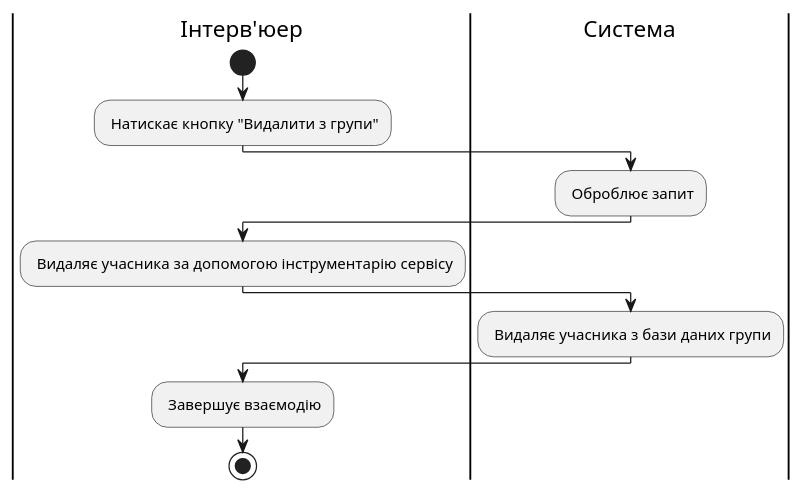
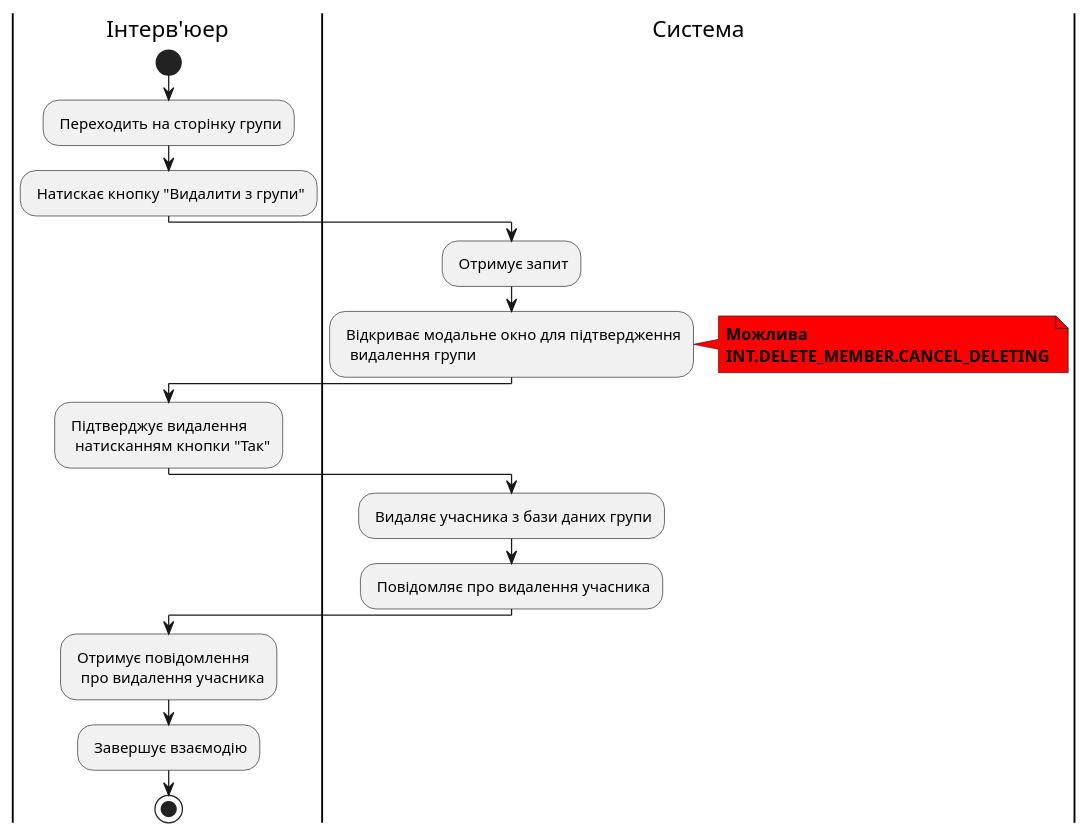
Before and after one commit to michigang1/ImForms: diagram 17 of 22 in docs/use cases/README.md, drawn with PlantUML. The commit also changed other lines of this file, not shown here.

Commit message:
Added some changes in diagrams of scenarios

```diff
--- a/docs/use cases/README.md
+++ b/docs/use cases/README.md
@@ -630,19 +789,31 @@
 @startuml
 
 |Інтерв'юер|
 start
+: Переходить на сторінку групи;
 : Натискає кнопку "Видалити з групи";
 
 |Система|
-: Оброблює запит;
+: Отримує запит;
+: Відкриває модальне окно для підтвердження
+  видалення групи;
+note right #ff0000
+<b>Можлива</b>
+<b>INT.DELETE_MEMBER.CANCEL_DELETING</b>
+end note
 
 |Інтерв'юер|
-: Видаляє учасника за допомогою інструментарію сервісу;
+
+: Підтверджує видалення
+  натисканням кнопки "Так";
 
 |Система|
 : Видаляє учасника з бази даних групи;
+: Повідомляє про видалення учасника;
 
 |Інтерв'юер|
+: Отримує повідомлення
+  про видалення учасника;
 : Завершує взаємодію;
 stop;
 @enduml
```
